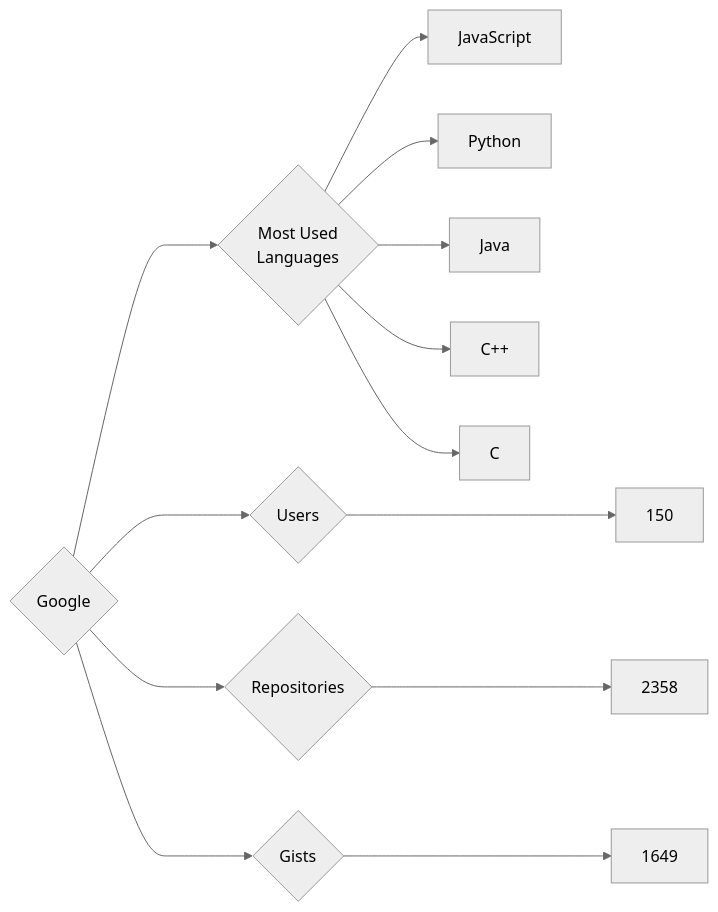
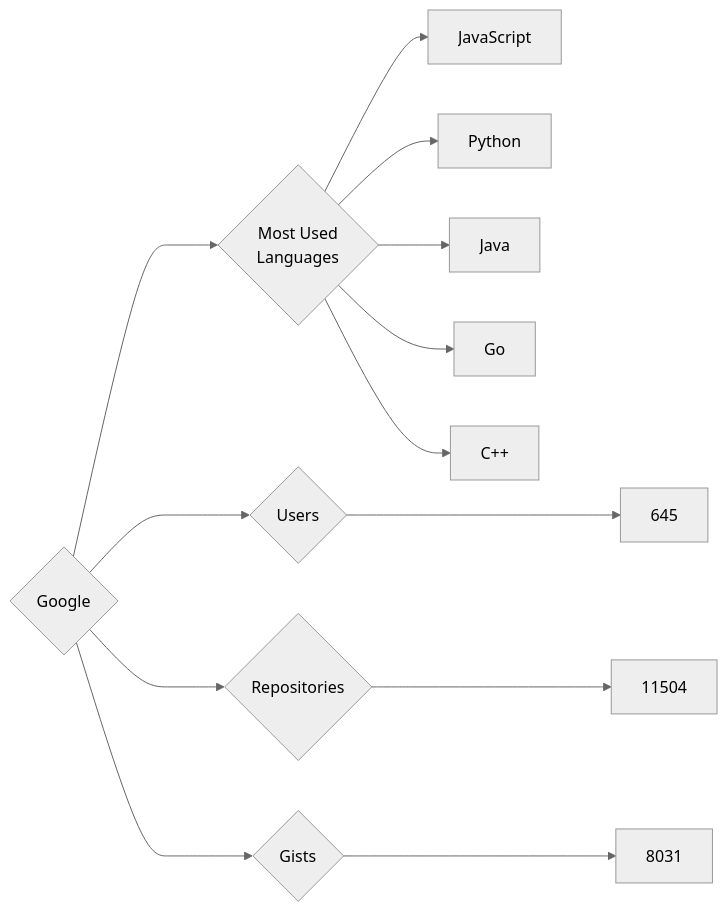
Before and after one commit to trickest/insiders: the diagram in targets/Google/README.md, drawn with Mermaid (neutral theme). The commit also changed 723 other files, not shown here.

````diff
--- a/targets/Google/README.md
+++ b/targets/Google/README.md
@@ -3,13 +3,13 @@
 ```mermaid
 graph LR
 COMPANY_NAME{Google}
-COMPANY_NAME ---> U{Users} ---> UN[150]
-COMPANY_NAME ---> R{Repositories} ---> RN[2358]
-COMPANY_NAME ---> G{Gists} ---> GN[1649]
+COMPANY_NAME ---> U{Users} ---> UN[645]
+COMPANY_NAME ---> R{Repositories} ---> RN[11504]
+COMPANY_NAME ---> G{Gists} ---> GN[8031]
 COMPANY_NAME ---> ML{Most Used<br>Languages}
 ML --> JavaScript[JavaScript]
 ML --> Python[Python]
 ML --> Java[Java]
+ML --> Go[Go]
 ML --> C++[C++]
-ML --> C[C]
 ```
````
